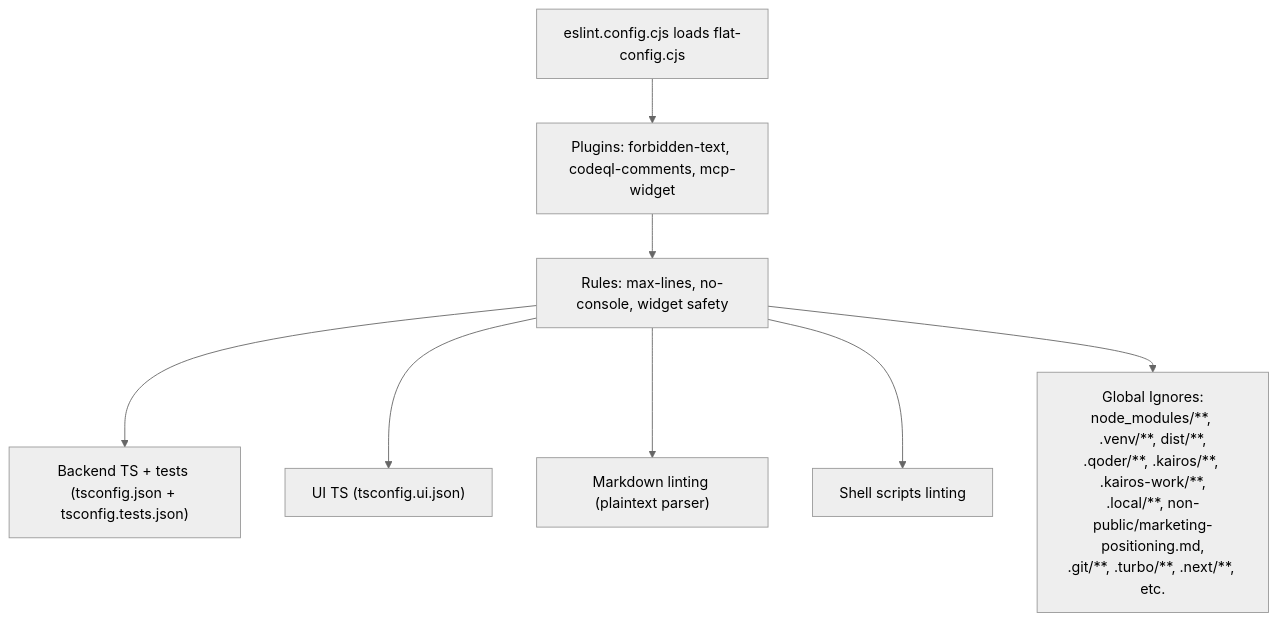
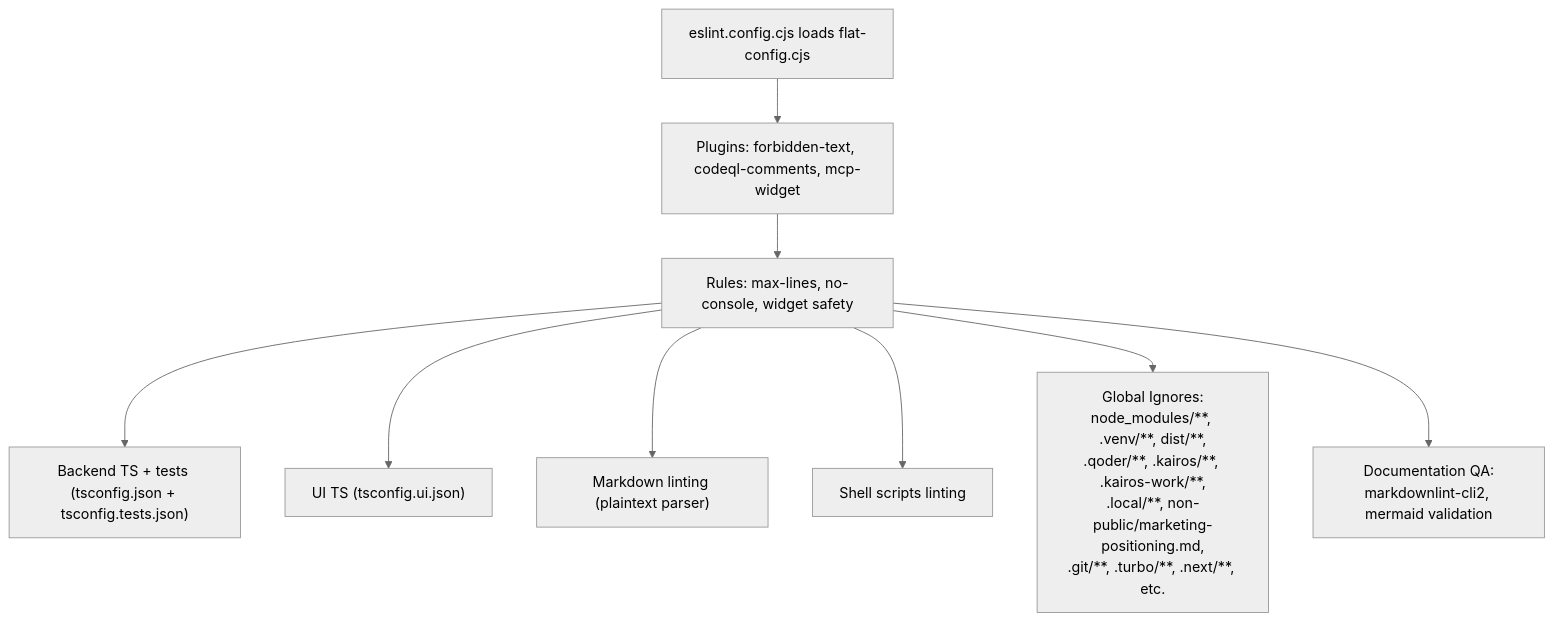
One commit to debian777/kairos-mcp changed the fifth of 18 diagrams in .qoder/repowiki/en/content/Development Tools/Development Tools.md. Above: the diagram before and after it, drawn with Mermaid (neutral theme). The commit also changed other lines of this file and 44 other files, not shown here.

````diff
--- a/.qoder/repowiki/en/content/Development Tools/Development Tools.md
+++ b/.qoder/repowiki/en/content/Development Tools/Development Tools.md
@@ -349,10 +504,11 @@
 ```mermaid
 flowchart TD
 ESLInit["eslint.config.cjs loads flat-config.cjs"] --> Plugins["Plugins: forbidden-text, codeql-comments, mcp-widget"]
 Plugins --> Rules["Rules: max-lines, no-console, widget safety"]
 Rules --> BackTs["Backend TS + tests (tsconfig.json + tsconfig.tests.json)"]
 Rules --> UITs["UI TS (tsconfig.ui.json)"]
 Rules --> MD["Markdown linting (plaintext parser)"]
 Rules --> SH["Shell scripts linting"]
 Rules --> Ignores["Global Ignores:<br/>node_modules/**, .venv/**, dist/**,<br/>.qoder/**, .kairos/**, .kairos-work/**,<br/>.local/**, non-public/marketing-positioning.md,<br/>.git/**, .turbo/**, .next/**, etc."]
+Rules --> DocQA["Documentation QA:<br/>markdownlint-cli2, mermaid validation"]
 ```
````
